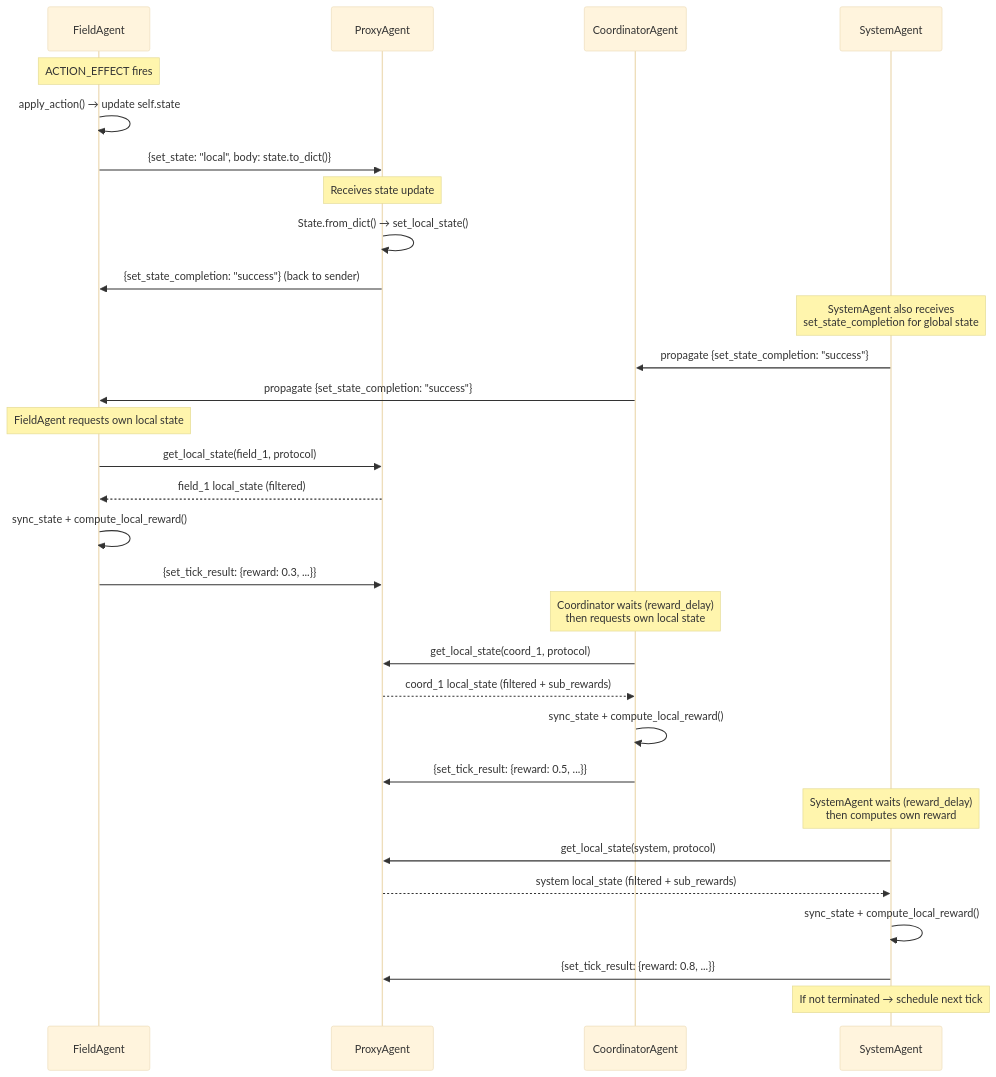
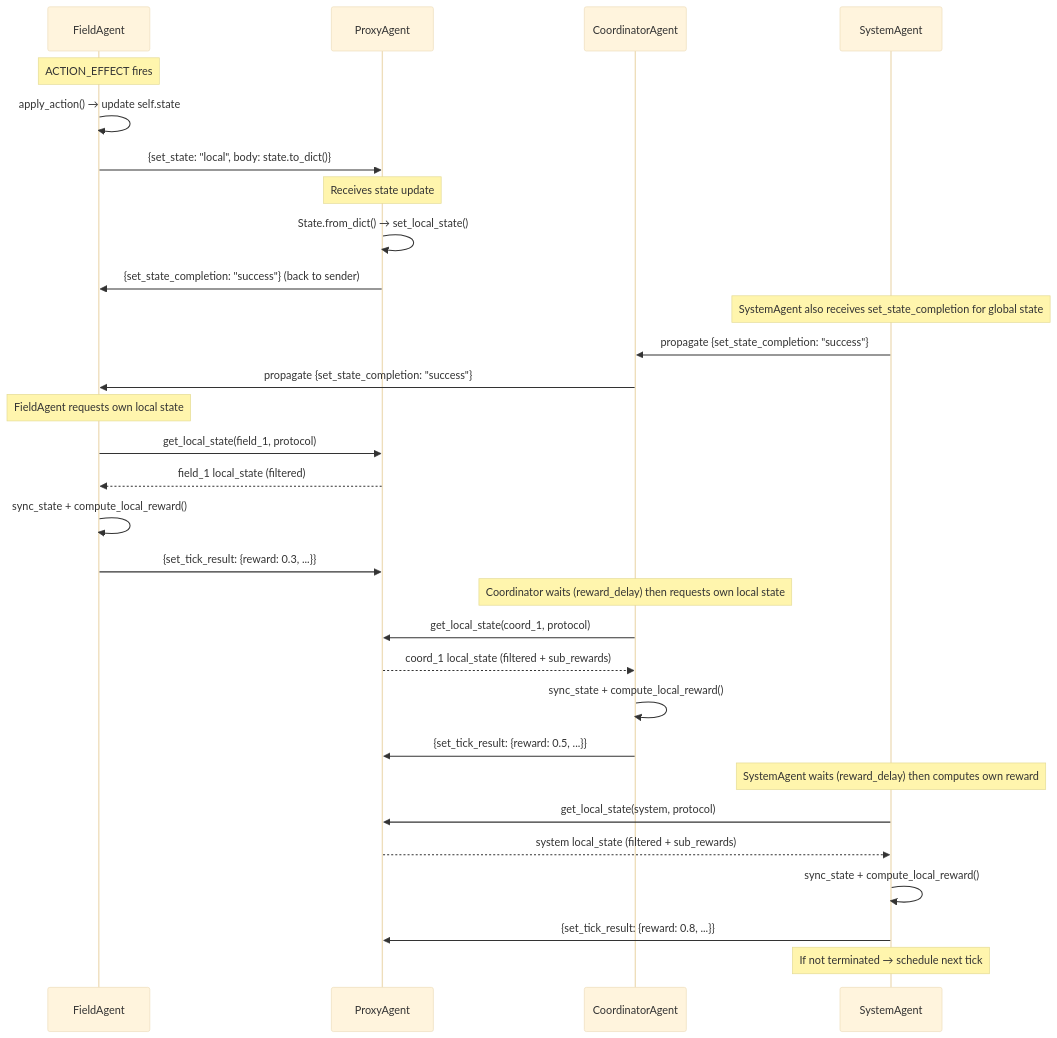
Before and after one commit to Criss-Wang/PowerGym: diagram 11 of 14 in docs/design/HERON_FLOW_DIAGRAMS.md, drawn with Mermaid (base theme). The commit also changed other lines of this file and 7 other files, not shown here.

````diff
--- a/docs/design/HERON_FLOW_DIAGRAMS.md
+++ b/docs/design/HERON_FLOW_DIAGRAMS.md
@@ -563,39 +599,39 @@
 ```mermaid
 sequenceDiagram
     participant FA as FieldAgent
     participant PX as ProxyAgent
     participant COORD as CoordinatorAgent
     participant SYS as SystemAgent
 
     Note over FA: ACTION_EFFECT fires
     FA->>FA: apply_action() → update self.state
     FA->>PX: {set_state: "local", body: state.to_dict()}
 
     Note over PX: Receives state update
     PX->>PX: State.from_dict() → set_local_state()
     PX->>FA: {set_state_completion: "success"} (back to sender)
 
-    Note over SYS: SystemAgent also receives<br/>set_state_completion for global state
+    Note over SYS: SystemAgent also receives set_state_completion for global state
     SYS->>COORD: propagate {set_state_completion: "success"}
     COORD->>FA: propagate {set_state_completion: "success"}
 
     Note over FA: FieldAgent requests own local state
     FA->>PX: get_local_state(field_1, protocol)
     PX-->>FA: field_1 local_state (filtered)
     FA->>FA: sync_state + compute_local_reward()
     FA->>PX: {set_tick_result: {reward: 0.3, ...}}
 
-    Note over COORD: Coordinator waits (reward_delay)<br/>then requests own local state
+    Note over COORD: Coordinator waits (reward_delay) then requests own local state
     COORD->>PX: get_local_state(coord_1, protocol)
     PX-->>COORD: coord_1 local_state (filtered + sub_rewards)
     COORD->>COORD: sync_state + compute_local_reward()
     COORD->>PX: {set_tick_result: {reward: 0.5, ...}}
 
-    Note over SYS: SystemAgent waits (reward_delay)<br/>then computes own reward
+    Note over SYS: SystemAgent waits (reward_delay) then computes own reward
     SYS->>PX: get_local_state(system, protocol)
     PX-->>SYS: system local_state (filtered + sub_rewards)
     SYS->>SYS: sync_state + compute_local_reward()
     SYS->>PX: {set_tick_result: {reward: 0.8, ...}}
 
     Note over SYS: If not terminated → schedule next tick
 ```
````
